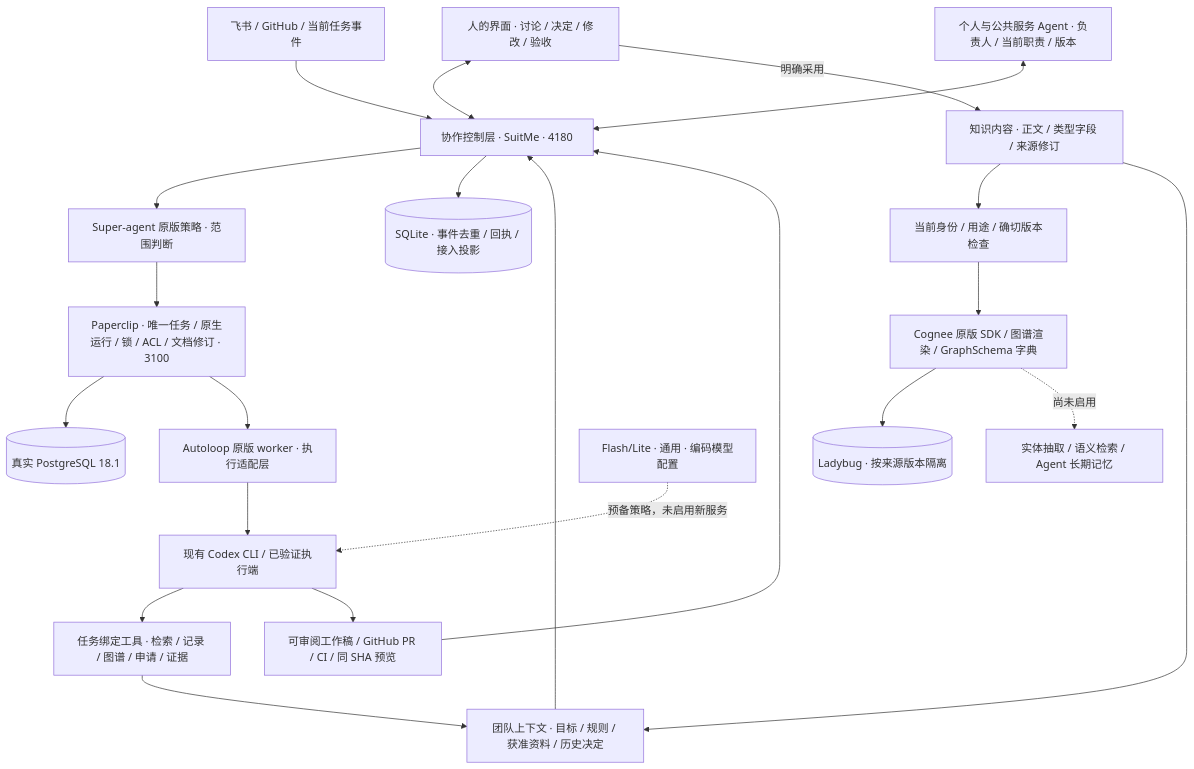
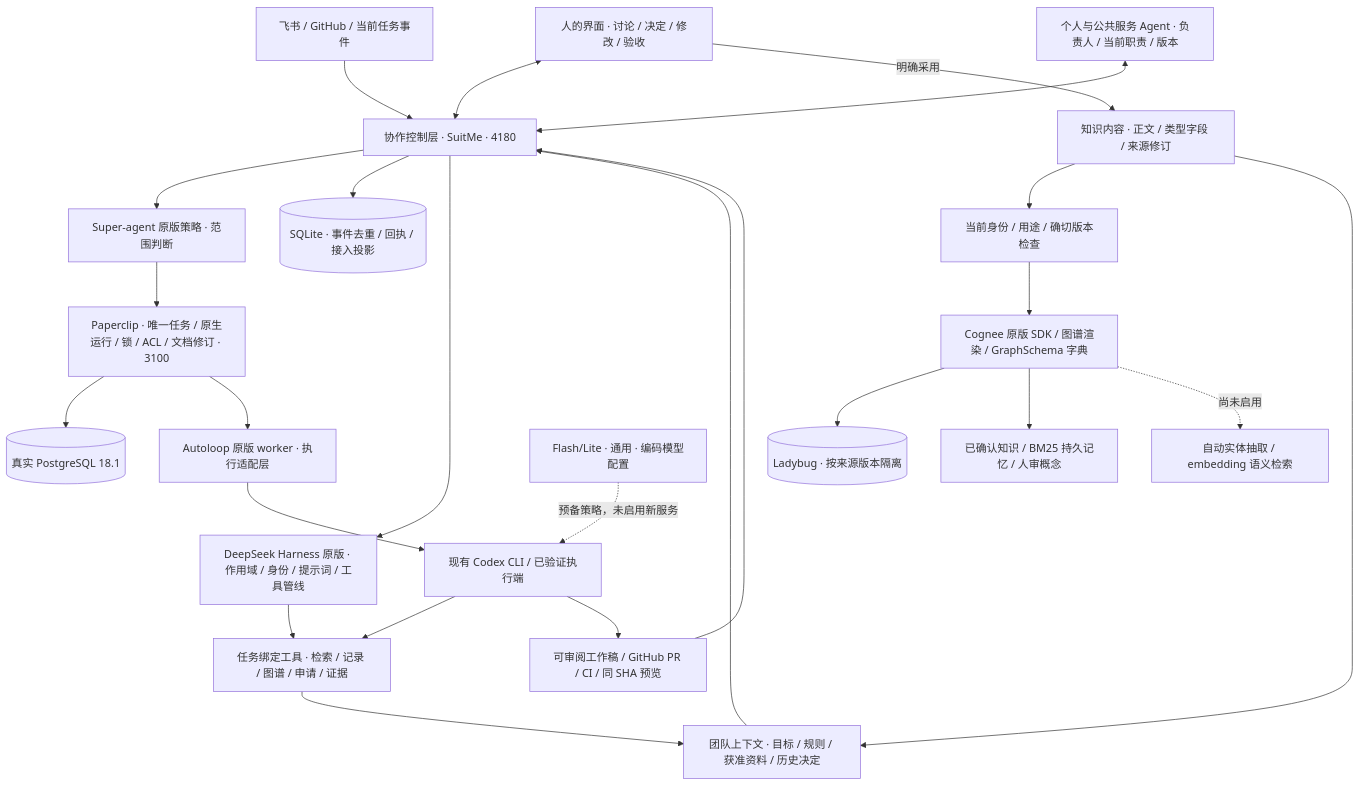
The diagram in docs/SYSTEM-ARCHITECTURE.md (zhegong-996/Contractor), drawn with Mermaid before and after one commit. The commit also changed other lines of this file and 58 other files, not shown here.

````diff
--- a/docs/SYSTEM-ARCHITECTURE.md
+++ b/docs/SYSTEM-ARCHITECTURE.md
@@ -7,24 +7,27 @@
 ```mermaid
 flowchart TD
   Events[飞书 / GitHub / 当前任务事件] --> Control[协作控制层 · SuitMe · 4180]
   Humans[人的界面 · 讨论 / 决定 / 修改 / 验收] <--> Control
   Services[个人与公共服务 Agent · 负责人 / 当前职责 / 版本] <--> Control
   Context[团队上下文 · 目标 / 规则 / 获准资料 / 历史决定] --> Control
   Control --> Policy[Super-agent 原版策略 · 范围判断]
   Policy --> PC[Paperclip · 唯一任务 / 原生运行 / 锁 / ACL / 文档修订 · 3100]
   PC --> PG[(真实 PostgreSQL 18.1)]
   Control --> SQLite[(SQLite · 事件去重 / 回执 / 接入投影)]
+  Control --> Harness[DeepSeek Harness 原版 · 作用域 / 身份 / 提示词 / 工具管线]
+  Harness --> Tools
   PC --> Worker[Autoloop 原版 worker · 执行适配层]
   Worker --> Exec[现有 Codex CLI / 已验证执行端]
   Exec --> Tools[任务绑定工具 · 检索 / 记录 / 图谱 / 申请 / 证据]
   Tools --> Context
   Exec --> Evidence[可审阅工作稿 / GitHub PR / CI / 同 SHA 预览]
   Evidence --> Control
   Humans -->|明确采用| Source[知识内容 · 正文 / 类型字段 / 来源修订]
   Source --> Gate[当前身份 / 用途 / 确切版本检查]
   Gate --> Cognee[Cognee 原版 SDK / 图谱渲染 / GraphSchema 字典]
   Cognee --> Ladybug[(Ladybug · 按来源版本隔离)]
   Source --> Context
   Model[Flash/Lite · 通用 · 编码模型配置] -.预备策略，未启用新服务.-> Exec
-  Cognee -.尚未启用.-> Memory[实体抽取 / 语义检索 / Agent 长期记忆]
+  Cognee --> Memory[已确认知识 / BM25 持久记忆 / 人审概念]
+  Cognee -.尚未启用.-> Semantic[自动实体抽取 / embedding 语义检索]
 ```
````
